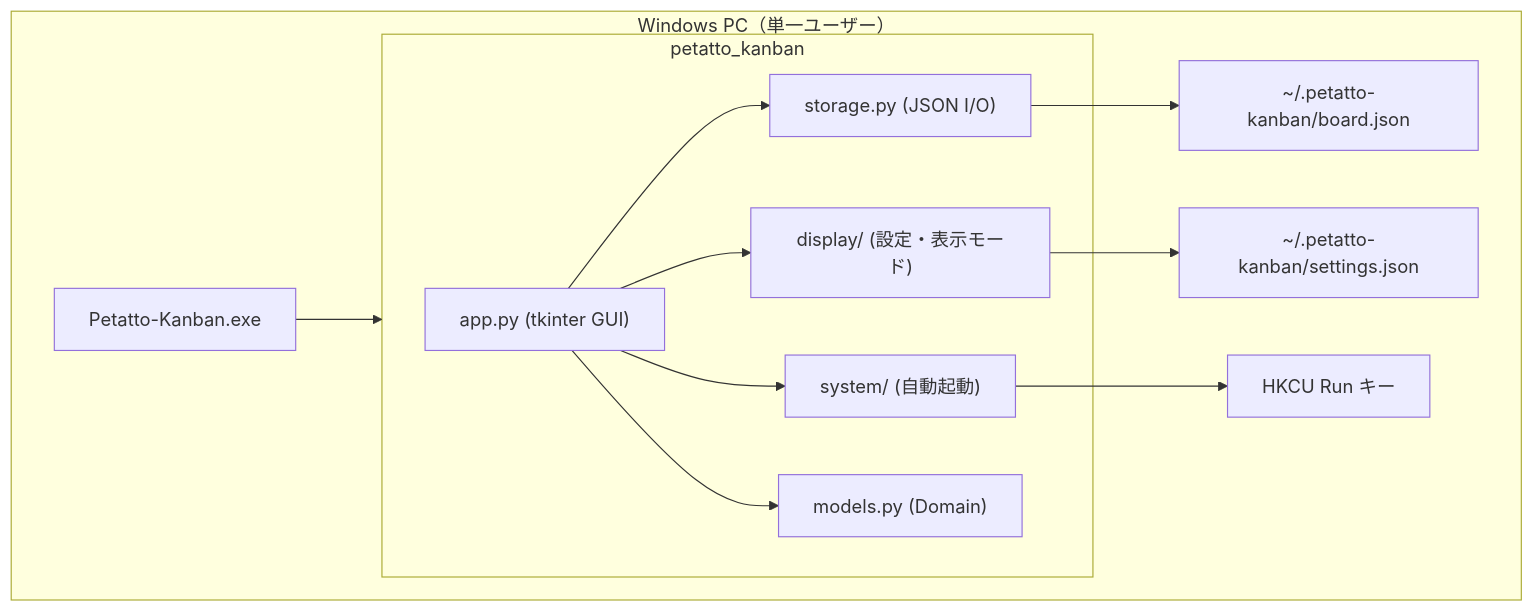
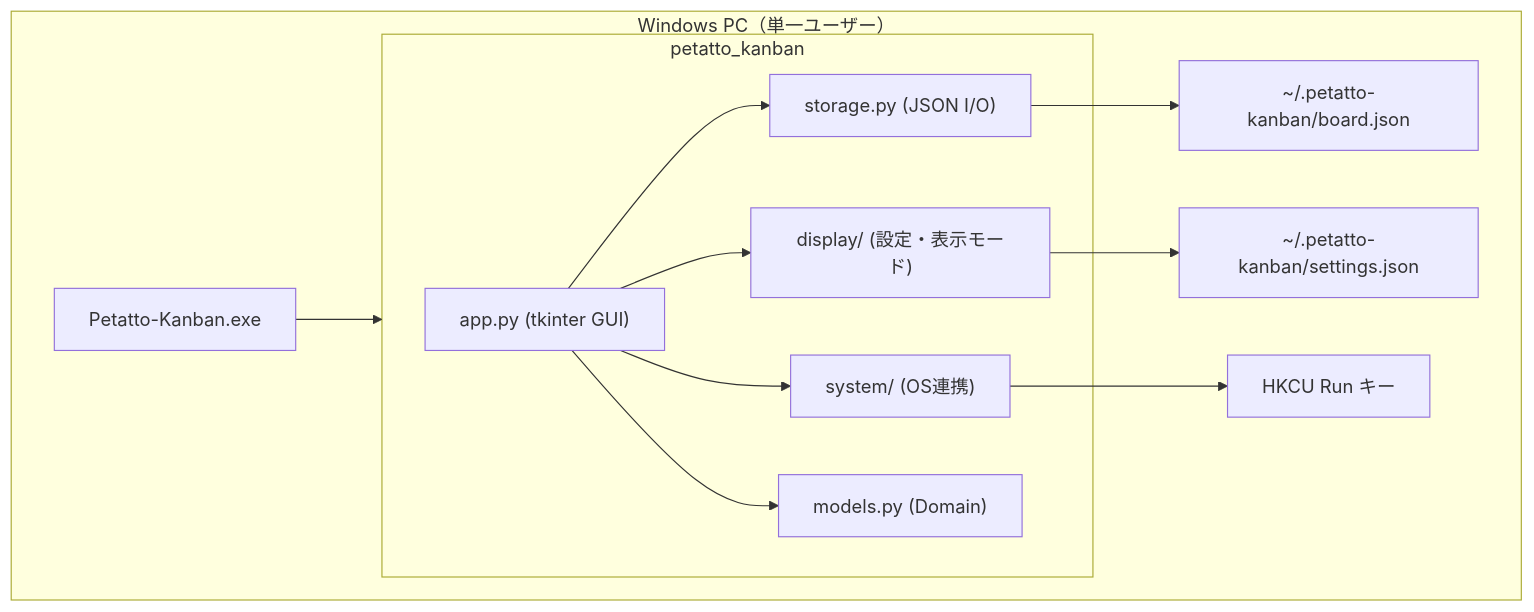
Before and after one commit to suzuki-hidehito66/Petatto-Kanban: the diagram in docs/spec/09-architecture.md, drawn with Mermaid. The commit also changed other lines of this file and 31 other files, not shown here.

````diff
--- a/docs/spec/09-architecture.md
+++ b/docs/spec/09-architecture.md
@@ -15,24 +15,24 @@
 ```mermaid
 flowchart TB
     subgraph Desktop["Windows PC（単一ユーザー）"]
         EXE["Petatto-Kanban.exe"]
         subgraph App["petatto_kanban"]
             UI["app.py (tkinter GUI)"]
             Display["display/ (設定・表示モード)"]
-            System["system/ (自動起動)"]
+            System["system/ (OS連携)"]
             Models["models.py (Domain)"]
             Storage["storage.py (JSON I/O)"]
         end
         BoardJSON["~/.petatto-kanban/board.json"]
         SettingsJSON["~/.petatto-kanban/settings.json"]
         Registry["HKCU Run キー"]
     end
     EXE --> App
     Storage --> BoardJSON
     Display --> SettingsJSON
     System --> Registry
     UI --> Models
     UI --> Storage
     UI --> Display
     UI --> System
 ```
````
